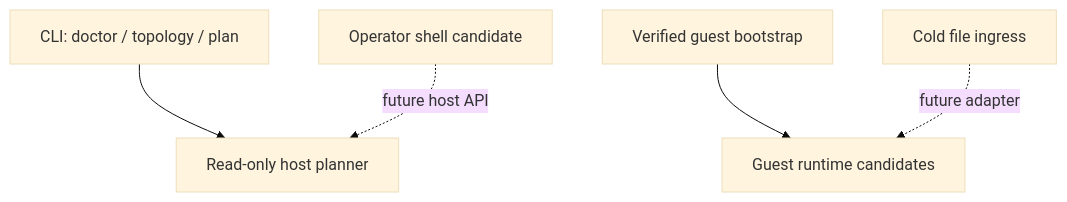
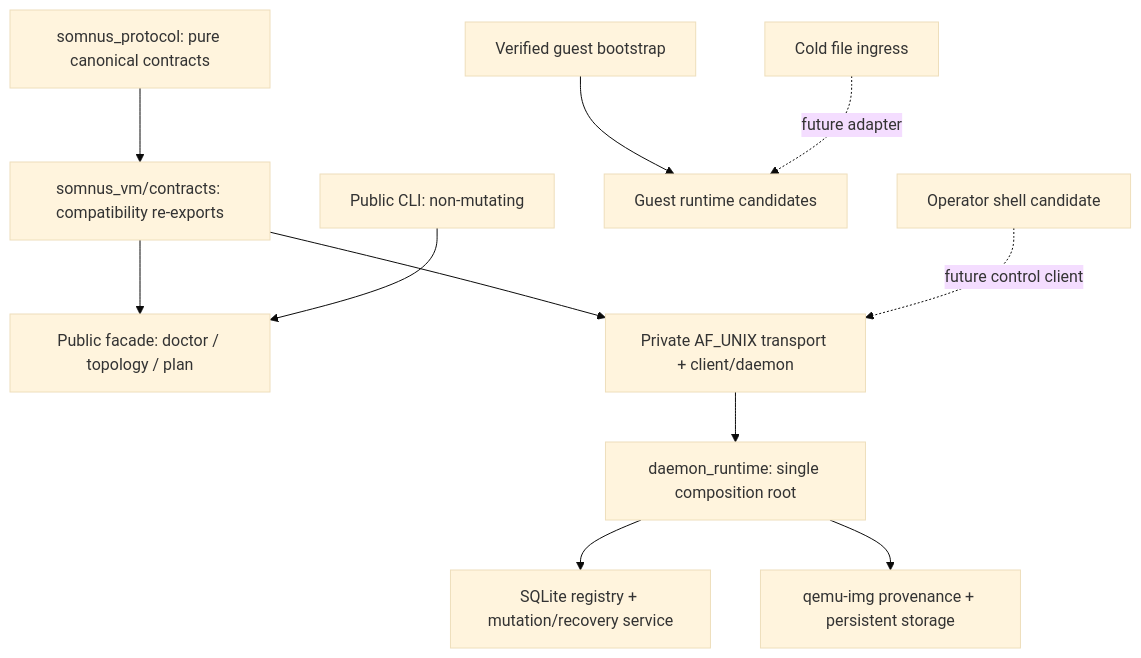
Before and after one commit to calisweetleaf/vm-lab: the diagram in README.md, drawn with Mermaid (base theme). The commit also changed other lines of this file and 154 other files, not shown here.

````diff
--- a/README.md
+++ b/README.md
@@ -112,7 +222,13 @@
 ```mermaid
 flowchart TD
-    C["CLI: doctor / topology / plan"] --> H["Read-only host planner"]
+    P["somnus_protocol: pure canonical contracts"] --> X["somnus_vm/contracts: compatibility re-exports"]
+    X --> H["Public facade: doctor / topology / plan"]
+    X --> T["Private AF_UNIX transport + client/daemon"]
+    T --> D["daemon_runtime: single composition root"]
+    D --> R["SQLite registry + mutation/recovery service"]
+    D --> S["qemu-img provenance + persistent storage"]
+    C["Public CLI: non-mutating"] --> H
     B["Verified guest bootstrap"] --> G["Guest runtime candidates"]
-    O["Operator shell candidate"] -. future host API .-> H
+    O["Operator shell candidate"] -. future control client .-> T
     F["Cold file ingress"] -. future adapter .-> G
 ```
````
